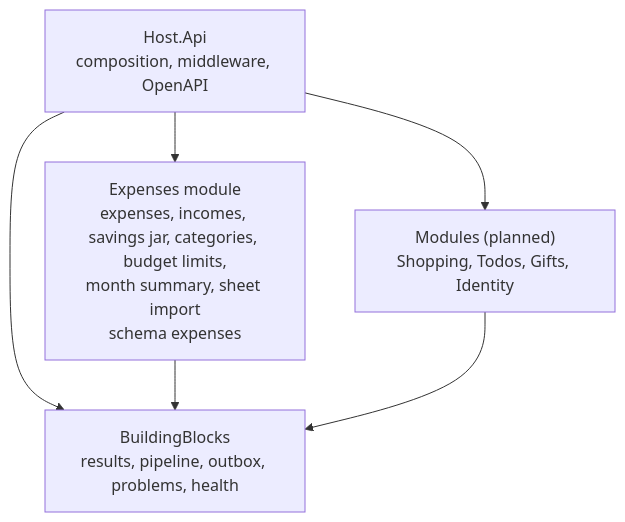
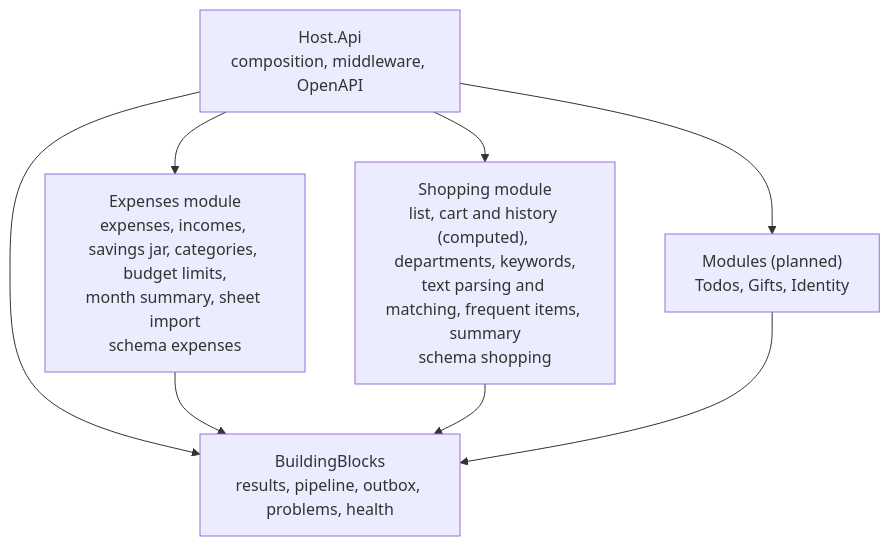
The third of 3 diagrams in api/docs/architecture/c4.md (Weretik/home-app), drawn with Mermaid before and after one commit. The commit also changed other lines of this file and 200 other files, not shown here.

First line of the commit message:
Shopping module: list, cart, history, frequent items, departments and keywords API

````diff
--- a/api/docs/architecture/c4.md
+++ b/api/docs/architecture/c4.md
@@ -42,13 +44,16 @@
 ```mermaid
 flowchart TB
     host["Host.Api<br/>composition, middleware, OpenAPI"]
     blocks["BuildingBlocks<br/>results, pipeline, outbox, problems, health"]
     expenses["Expenses module<br/>expenses, incomes, savings jar, categories, budget limits,<br/>month summary, sheet import<br/>schema expenses"]
-    planned["Modules (planned)<br/>Shopping, Todos, Gifts, Identity"]
+    shopping["Shopping module<br/>list, cart and history (computed), departments, keywords,<br/>text parsing and matching, frequent items, summary<br/>schema shopping"]
+    planned["Modules (planned)<br/>Todos, Gifts, Identity"]
 
     host --> blocks
     host --> expenses
+    host --> shopping
     host --> planned
     expenses --> blocks
+    shopping --> blocks
     planned --> blocks
 ```
````
